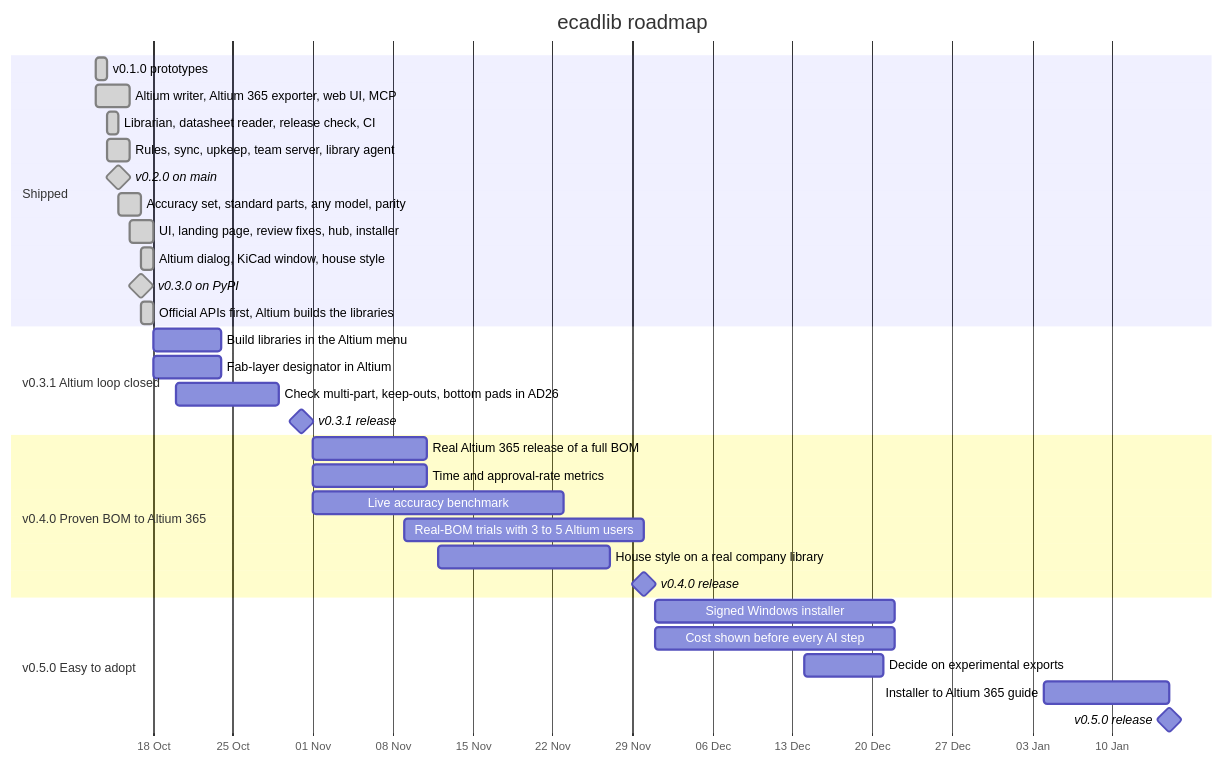
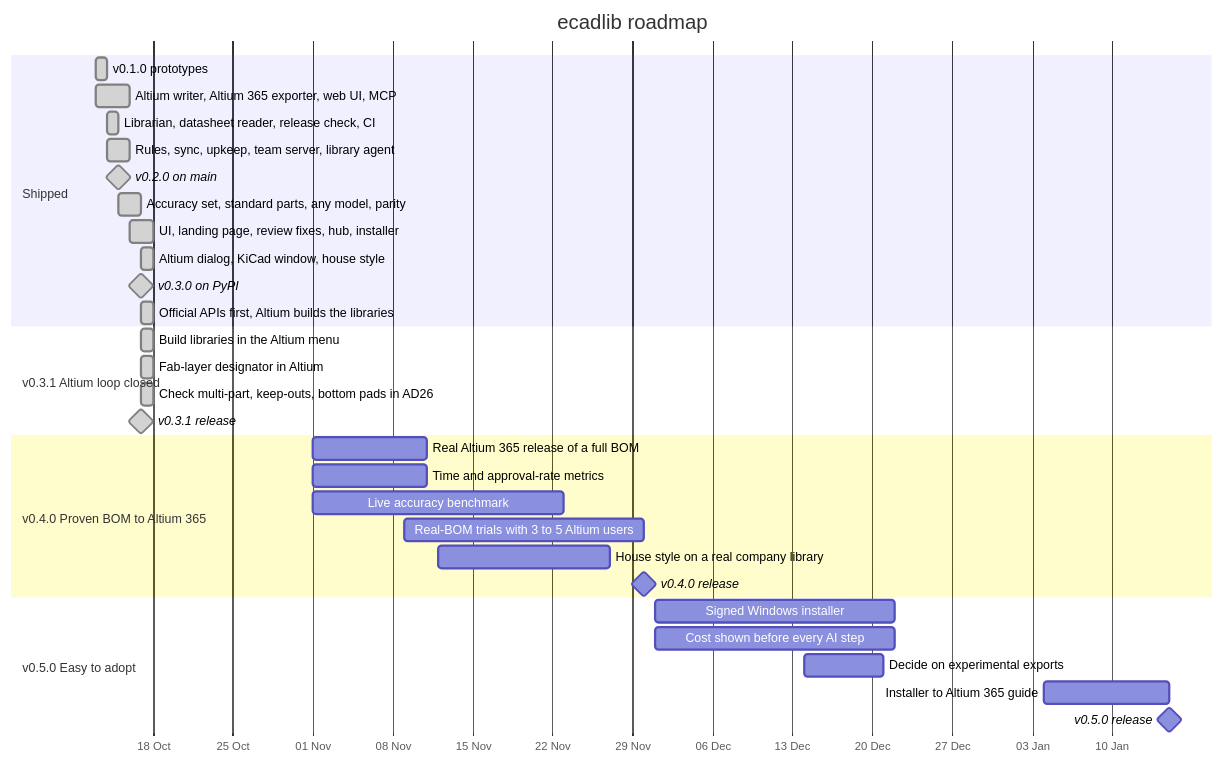
Before and after one commit to oliBrowne/PCBLIVINGLIBRARY: the diagram in ROADMAP.md, drawn with Mermaid. The commit also changed other lines of this file and 4 other files, not shown here.

Commit message:
Release 0.3.1: bump version, changelog, roadmap

````diff
--- a/ROADMAP.md
+++ b/ROADMAP.md
@@ -96,39 +79,39 @@
 ```mermaid
 gantt
     title ecadlib roadmap
     dateFormat YYYY-MM-DD
     axisFormat %d %b
 
     section Shipped
     v0.1.0 prototypes                                  :done, s0, 2026-10-13, 1d
     Altium writer, Altium 365 exporter, web UI, MCP     :done, s1, 2026-10-13, 3d
     Librarian, datasheet reader, release check, CI      :done, s2, 2026-10-14, 1d
     Rules, sync, upkeep, team server, library agent     :done, s3, 2026-10-14, 2d
     v0.2.0 on main                                     :milestone, done, m2, 2026-10-15, 0d
     Accuracy set, standard parts, any model, parity     :done, s4, 2026-10-15, 2d
     UI, landing page, review fixes, hub, installer      :done, s5, 2026-10-16, 2d
     Altium dialog, KiCad window, house style            :done, s6, 2026-10-17, 1d
     v0.3.0 on PyPI                                     :milestone, done, m3, 2026-10-17, 0d
     Official APIs first, Altium builds the libraries    :done, s7, 2026-10-17, 1d
 
     section v0.3.1 Altium loop closed
-    Build libraries in the Altium menu                  :p1, 2026-10-18, 6d
-    Fab-layer designator in Altium                      :p2, 2026-10-18, 6d
-    Check multi-part, keep-outs, bottom pads in AD26    :p3, 2026-10-20, 9d
-    v0.3.1 release                                     :milestone, r1, 2026-10-31, 0d
+    Build libraries in the Altium menu                  :done, p1, 2026-10-17, 1d
+    Fab-layer designator in Altium                      :done, p2, 2026-10-17, 1d
+    Check multi-part, keep-outs, bottom pads in AD26    :done, p3, 2026-10-17, 1d
+    v0.3.1 release                                     :milestone, done, r1, 2026-10-17, 0d
 
     section v0.4.0 Proven BOM to Altium 365
     Real Altium 365 release of a full BOM               :p10, 2026-11-01, 10d
     Time and approval-rate metrics                      :p7, 2026-11-01, 10d
     Live accuracy benchmark                             :p5, 2026-11-01, 22d
     Real-BOM trials with 3 to 5 Altium users            :p6, 2026-11-09, 21d
     House style on a real company library               :p9, 2026-11-12, 15d
     v0.4.0 release                                     :milestone, r2, 2026-11-30, 0d
 
     section v0.5.0 Easy to adopt
     Signed Windows installer                            :p11, 2026-12-01, 21d
     Cost shown before every AI step                     :p12, 2026-12-01, 21d
     Decide on experimental exports                      :p13, 2026-12-14, 7d
     Installer to Altium 365 guide                       :p14, 2027-01-04, 11d
     v0.5.0 release                                     :milestone, r3, 2027-01-15, 0d
 ```
````
